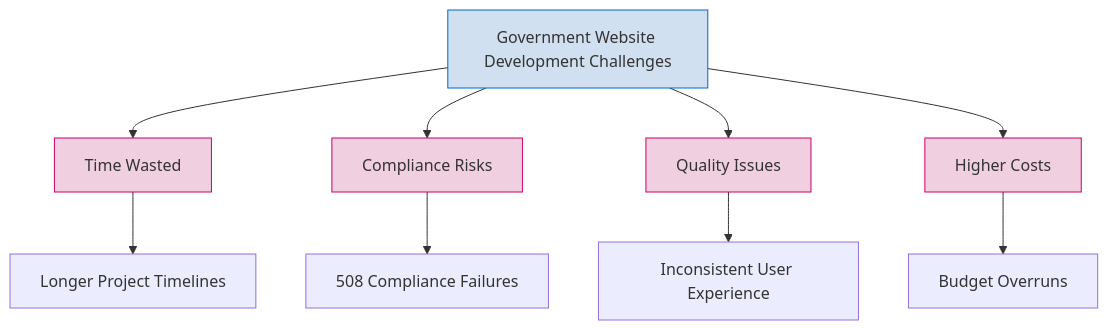
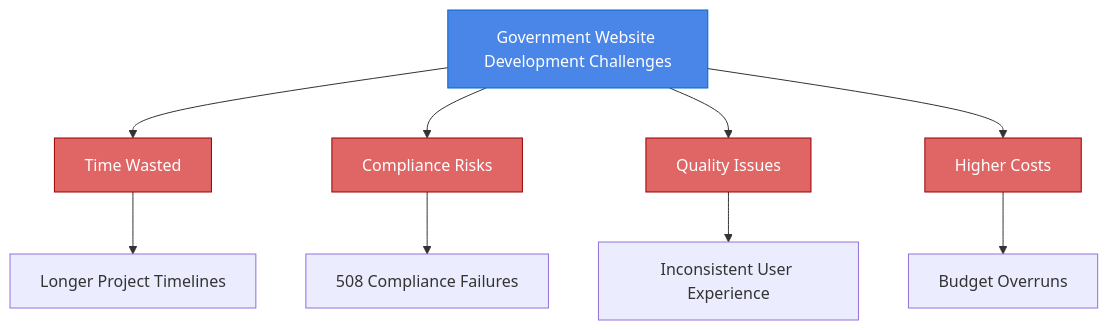
The first of 13 diagrams in basic.md (hungmanhdo/componentcraft_ai), drawn with Mermaid before and after one commit. The commit also changed other lines of this file and 1 other file, not shown here.

Commit message:
Update style of charts

````diff
--- a/basic.md
+++ b/basic.md
@@ -41,18 +41,18 @@
 ```mermaid
 graph TD
     A[Government Website Development Challenges] --> B[Time Wasted]
     A --> C[Compliance Risks]
     A --> D[Quality Issues]
     A --> E[Higher Costs]
 
     B --> F[Longer Project Timelines]
     C --> G[508 Compliance Failures]
     D --> H[Inconsistent User Experience]
     E --> I[Budget Overruns]
 
-    style A fill:#d0e0f0,stroke:#0066cc
-    style B fill:#f0d0e0,stroke:#cc0066
-    style C fill:#f0d0e0,stroke:#cc0066
-    style D fill:#f0d0e0,stroke:#cc0066
-    style E fill:#f0d0e0,stroke:#cc0066
+    style A fill:#4a86e8,stroke:#0066cc,color:#ffffff
+    style B fill:#e06666,stroke:#990000,color:#ffffff
+    style C fill:#e06666,stroke:#990000,color:#ffffff
+    style D fill:#e06666,stroke:#990000,color:#ffffff
+    style E fill:#e06666,stroke:#990000,color:#ffffff
 ```
````
